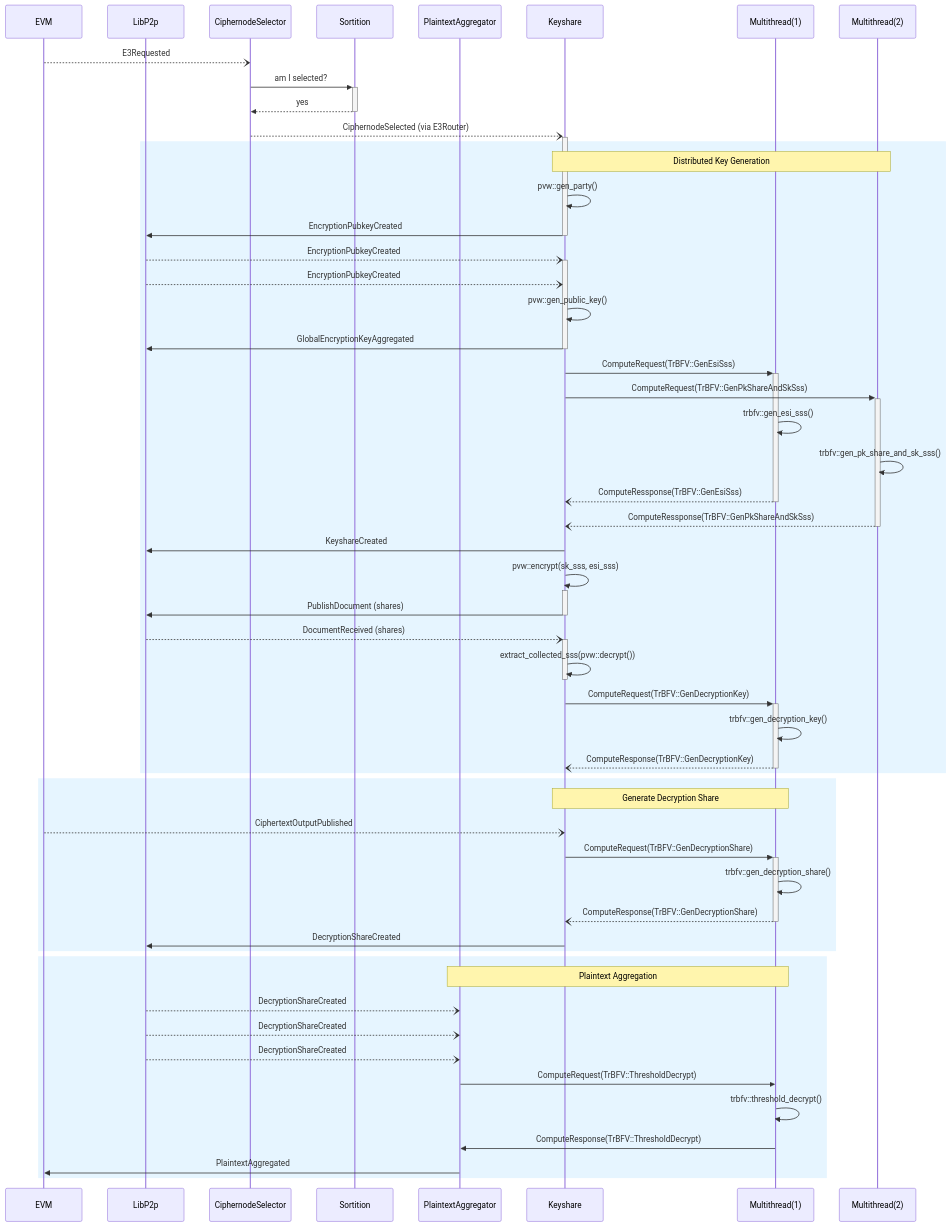
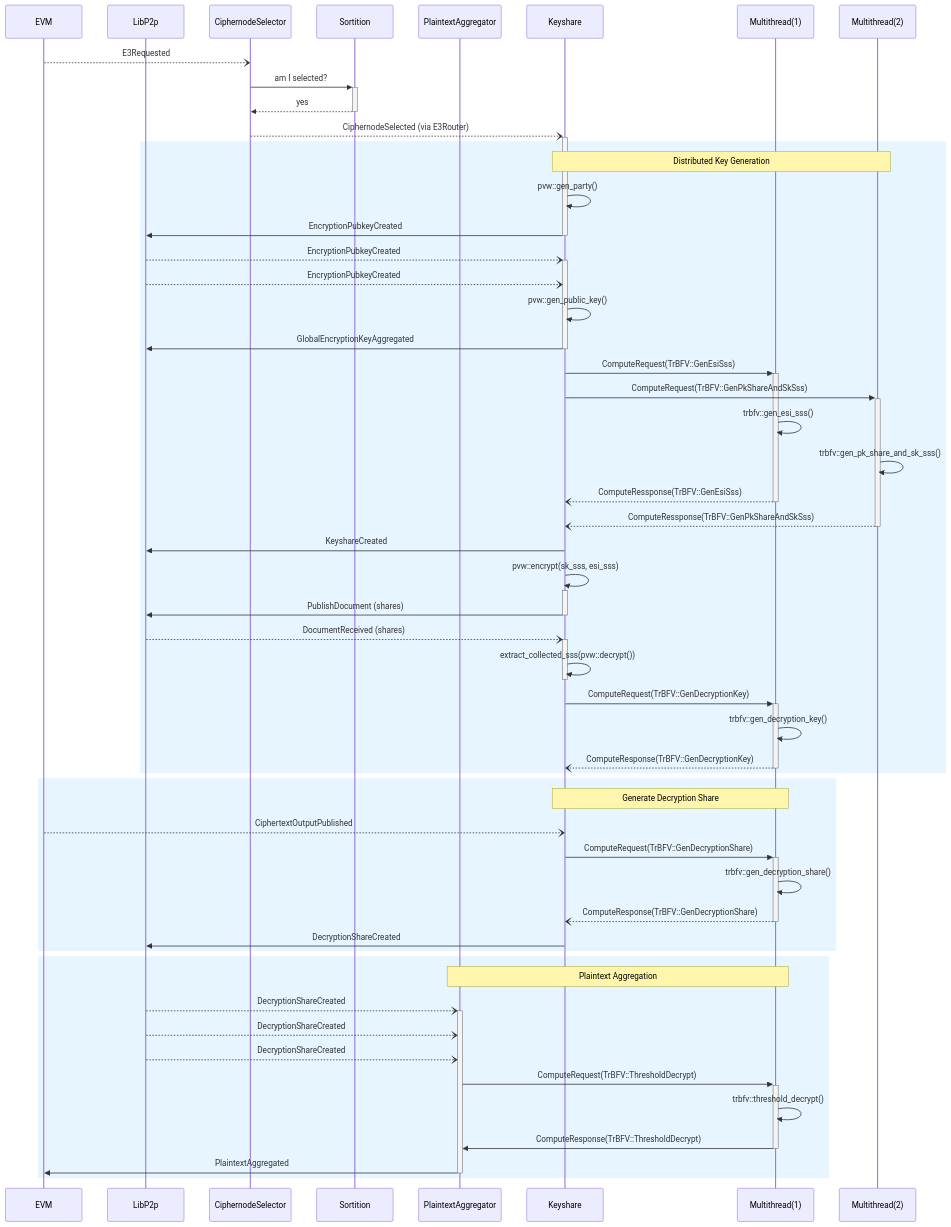
The diagram in crates/events/trbfv_actor_seq.mmd (gnosisguild/enclave), drawn with Mermaid before and after one commit.

Commit message:
feat: update diagram

```diff
--- a/crates/events/trbfv_actor_seq.mmd
+++ b/crates/events/trbfv_actor_seq.mmd
@@ -1,61 +1,61 @@
 sequenceDiagram
   participant E as EVM
   participant L as LibP2p
   participant CS as CiphernodeSelector
   participant S as Sortition
   participant P as PlaintextAggregator
   participant K as Keyshare
   participant M as Multithread(1)
   participant M2 as Multithread(2)
 
 
   E --) CS: E3Requested
   CS ->>+ S: am I selected?
   S -->>- CS: yes
   CS --)+ K: CiphernodeSelected (via E3Router)
 
   rect rgb(230, 245, 255)
     Note over K,M2: Distributed Key Generation 
     K ->> K: pvw::gen_party()
     K ->>- L: EncryptionPubkeyCreated
     L --)+ K: EncryptionPubkeyCreated
     L --) K: EncryptionPubkeyCreated
     K ->> K: pvw::gen_public_key()
     K ->>- L: GlobalEncryptionKeyAggregated
     K ->>+ M: ComputeRequest(TrBFV::GenEsiSss)
     K ->>+ M2: ComputeRequest(TrBFV::GenPkShareAndSkSss)
     M ->> M: trbfv::gen_esi_sss()
     M2 ->> M2: trbfv::gen_pk_share_and_sk_sss()
     M --)- K: ComputeRessponse(TrBFV::GenEsiSss)
     M2 --)- K: ComputeRessponse(TrBFV::GenPkShareAndSkSss)
     K ->> L: KeyshareCreated
     K ->>+ K: pvw::encrypt(sk_sss, esi_sss)
     K ->>- L: PublishDocument (shares)
     L --)+ K: DocumentReceived (shares)
     K ->>- K: extract_collected_sss(pvw::decrypt())
     K ->>+ M: ComputeRequest(TrBFV::GenDecryptionKey)
     M ->> M: trbfv::gen_decryption_key()
     M --)- K: ComputeResponse(TrBFV::GenDecryptionKey)
   end
 
   rect rgb(230, 245, 255)
     Note over K,M: Generate Decryption Share
     E --) K: CiphertextOutputPublished
     K ->>+ M: ComputeRequest(TrBFV::GenDecryptionShare)
     M ->> M: trbfv::gen_decryption_share()
     M --)- K: ComputeResponse(TrBFV::GenDecryptionShare)
     K ->> L: DecryptionShareCreated
   end
 
   rect rgb(230, 245, 255)
     Note over P,M: Plaintext Aggregation
+    L --)+ P: DecryptionShareCreated
     L --) P: DecryptionShareCreated
     L --) P: DecryptionShareCreated
-    L --) P: DecryptionShareCreated
-    P ->> M: ComputeRequest(TrBFV::ThresholdDecrypt)
+    P ->>+ M: ComputeRequest(TrBFV::ThresholdDecrypt)
     M ->> M: trbfv::threshold_decrypt()
-    M ->> P: ComputeResponse(TrBFV::ThresholdDecrypt)
-    P ->> E: PlaintextAggregated
+    M ->>- P: ComputeResponse(TrBFV::ThresholdDecrypt)
+    P ->>- E: PlaintextAggregated
   end
 
   autonumber
```
